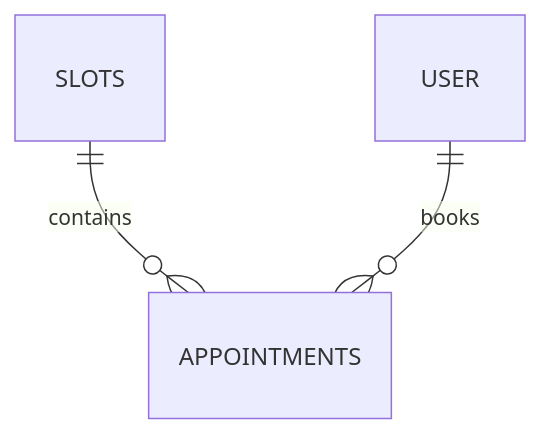
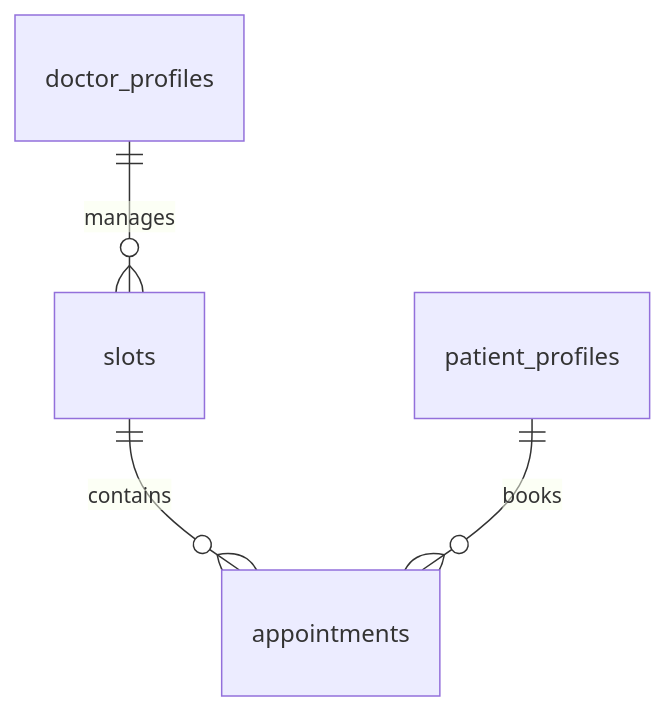
The diagram in docs/DATABASE_SCHEMA.md (abhiyaligar/healthconnect), drawn with Mermaid before and after one commit. The commit also changed other lines of this file and 18 other files, not shown here.

````diff
--- a/docs/DATABASE_SCHEMA.md
+++ b/docs/DATABASE_SCHEMA.md
@@ -29,5 +51,6 @@
 ```mermaid
 erDiagram
-    SLOTS ||--o{ APPOINTMENTS : "contains"
-    USER ||--o{ APPOINTMENTS : "books"
+    slots ||--o{ appointments : contains
+    doctor_profiles ||--o{ slots : manages
+    patient_profiles ||--o{ appointments : books
 ```
````
